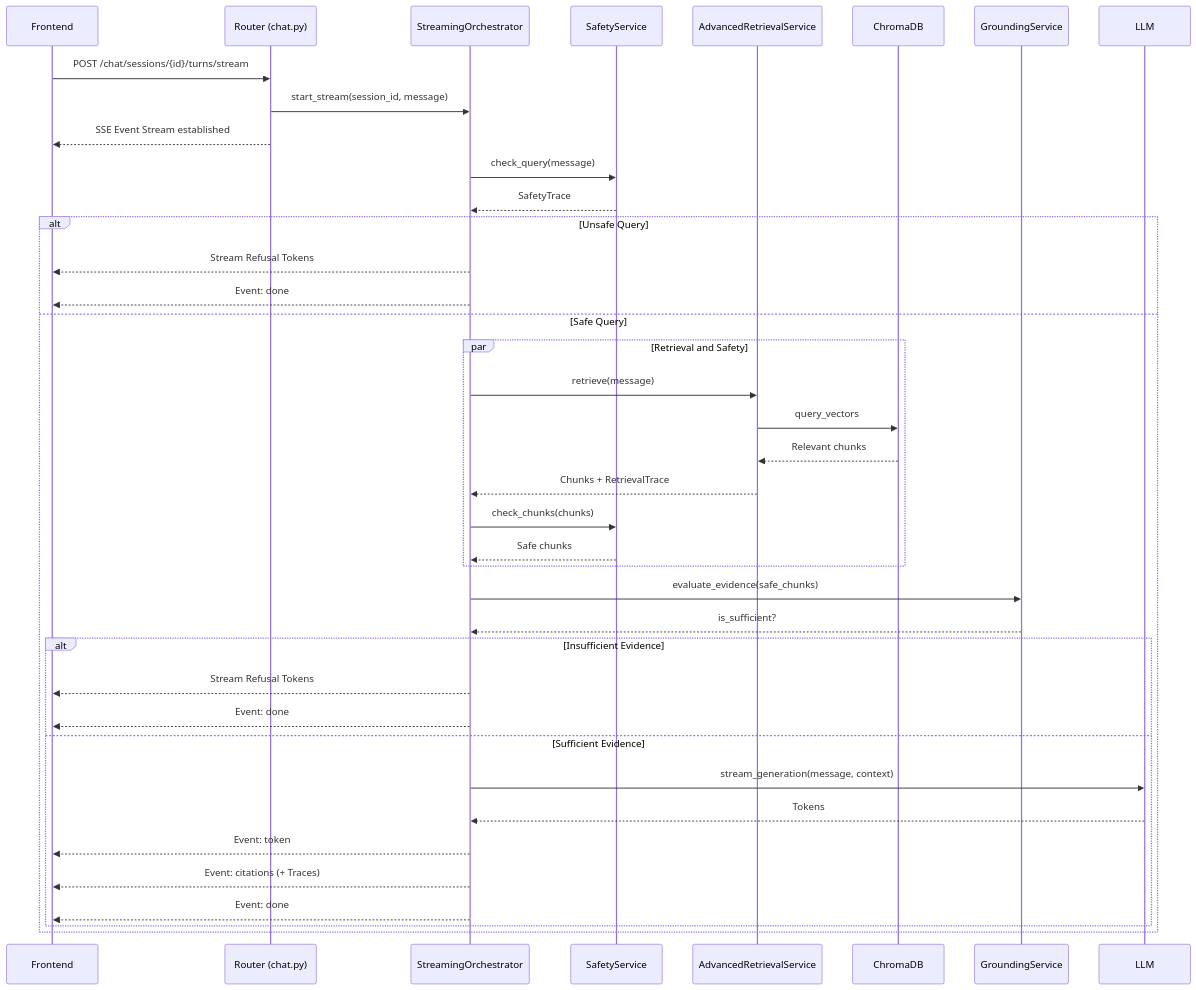
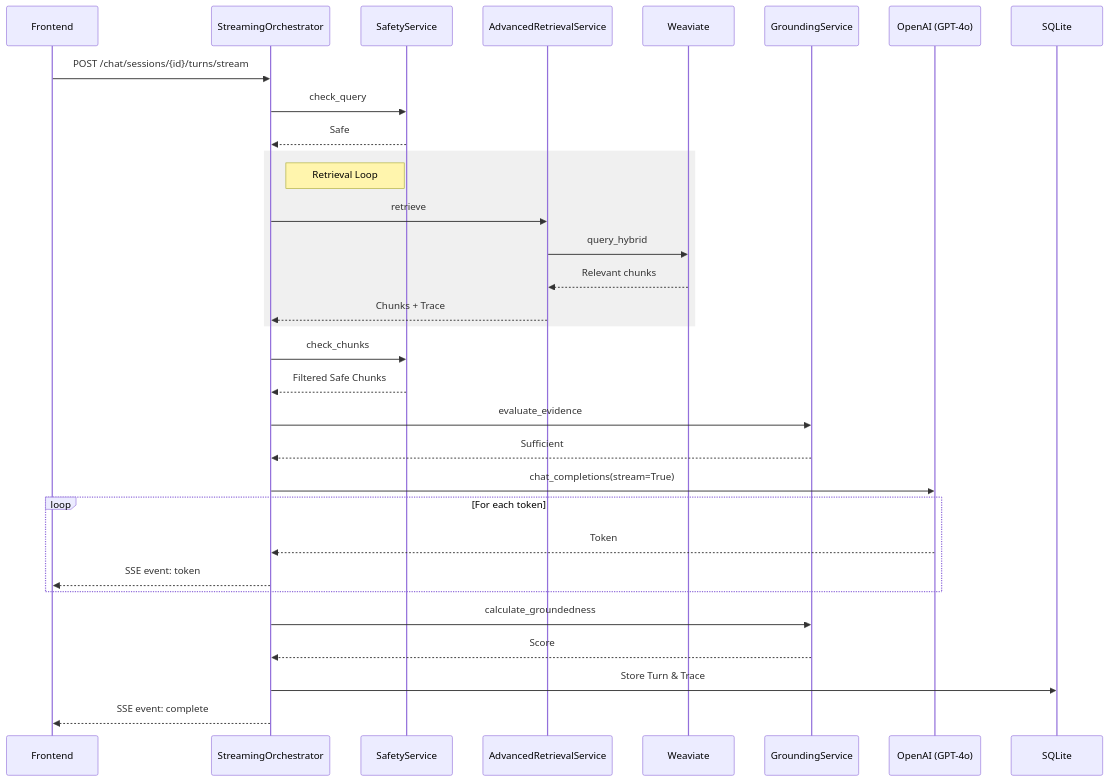
One commit to thaihai-swe/chatbot-with-data changed the diagram in docs/diagrams/api/submit-chat-turn-stream.md. Above: the diagram before and after it, drawn with Mermaid. The commit also changed 18 other files, not shown here.

Commit message:
4.2-hybrid-search-weaviate

````diff
--- a/docs/diagrams/api/submit-chat-turn-stream.md
+++ b/docs/diagrams/api/submit-chat-turn-stream.md
@@ -3,48 +3,44 @@
 ```mermaid
 sequenceDiagram
     participant Frontend
-    participant Router as Router (chat.py)
-    participant StreamingOrchestrator
+    participant Orchestrator as StreamingOrchestrator
     participant SafetyService
     participant AdvancedRetrievalService
-    participant ChromaDB
+    participant Weaviate
     participant GroundingService
-    participant LLM
+    participant OpenAI as OpenAI (GPT-4o)
+    participant DB as SQLite
     
-    Frontend->>Router: POST /chat/sessions/{id}/turns/stream
-    Router->>StreamingOrchestrator: start_stream(session_id, message)
-    Router-->>Frontend: SSE Event Stream established
+    Frontend->>Orchestrator: POST /chat/sessions/{id}/turns/stream
     
-    StreamingOrchestrator->>SafetyService: check_query(message)
-    SafetyService-->>StreamingOrchestrator: SafetyTrace
+    Orchestrator->>SafetyService: check_query
+    SafetyService-->>Orchestrator: Safe
     
-    alt Unsafe Query
-        StreamingOrchestrator-->>Frontend: Stream Refusal Tokens
-        StreamingOrchestrator-->>Frontend: Event: done
-    else Safe Query
-        par Retrieval and Safety
-            StreamingOrchestrator->>AdvancedRetrievalService: retrieve(message)
-            AdvancedRetrievalService->>ChromaDB: query_vectors
-            ChromaDB-->>AdvancedRetrievalService: Relevant chunks
-            AdvancedRetrievalService-->>StreamingOrchestrator: Chunks + RetrievalTrace
-            
-            StreamingOrchestrator->>SafetyService: check_chunks(chunks)
-            SafetyService-->>StreamingOrchestrator: Safe chunks
-        end
-        
-        StreamingOrchestrator->>GroundingService: evaluate_evidence(safe_chunks)
-        GroundingService-->>StreamingOrchestrator: is_sufficient?
-        
-        alt Insufficient Evidence
-            StreamingOrchestrator-->>Frontend: Stream Refusal Tokens
-            StreamingOrchestrator-->>Frontend: Event: done
-        else Sufficient Evidence
-            StreamingOrchestrator->>LLM: stream_generation(message, context)
-            LLM-->>StreamingOrchestrator: Tokens
-            StreamingOrchestrator-->>Frontend: Event: token
-            
-            StreamingOrchestrator-->>Frontend: Event: citations (+ Traces)
-            StreamingOrchestrator-->>Frontend: Event: done
-        end
+    rect rgb(240, 240, 240)
+        Note right of Orchestrator: Retrieval Loop
+        Orchestrator->>AdvancedRetrievalService: retrieve
+        AdvancedRetrievalService->>Weaviate: query_hybrid
+        Weaviate-->>AdvancedRetrievalService: Relevant chunks
+        AdvancedRetrievalService-->>Orchestrator: Chunks + Trace
     end
+    
+    Orchestrator->>SafetyService: check_chunks
+    SafetyService-->>Orchestrator: Filtered Safe Chunks
+    
+    Orchestrator->>GroundingService: evaluate_evidence
+    GroundingService-->>Orchestrator: Sufficient
+    
+    Orchestrator->>OpenAI: chat_completions(stream=True)
+    
+    loop For each token
+        OpenAI-->>Orchestrator: Token
+        Orchestrator-->>Frontend: SSE event: token
+    end
+    
+    Orchestrator->>GroundingService: calculate_groundedness
+    GroundingService-->>Orchestrator: Score
+    
+    Orchestrator->>DB: Store Turn & Trace
+    
+    Orchestrator-->>Frontend: SSE event: complete
 ```
````
